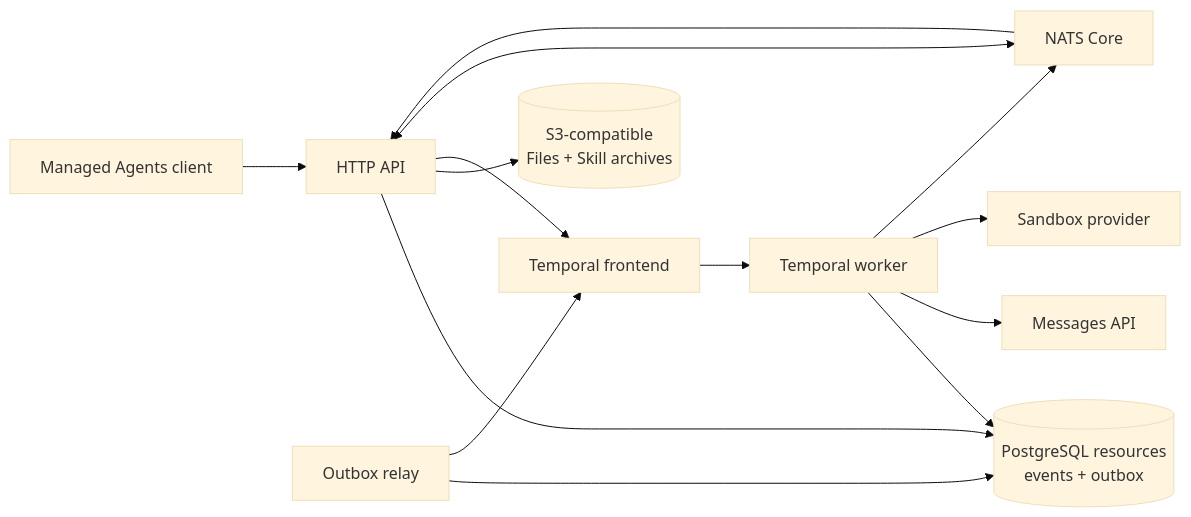
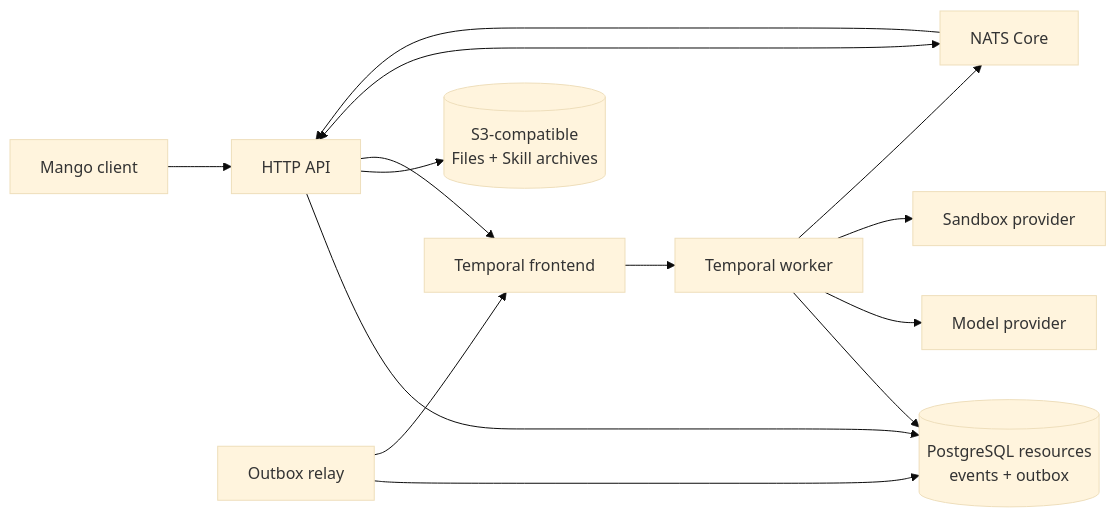
Before and after one commit to yanpgwang/managed-agent-go: the diagram in docs/architecture.md, drawn with Mermaid (base theme). The commit also changed other lines of this file and 31 other files, not shown here.

````diff
--- a/docs/architecture.md
+++ b/docs/architecture.md
@@ -25,16 +25,16 @@
 ```mermaid
 flowchart LR
-  Client["Managed Agents client"] --> API["HTTP API"]
+  Client["Mango client"] --> API["HTTP API"]
   API --> PG[("PostgreSQL resources<br/>events + outbox")]
   API --> Objects[("S3-compatible<br/>Files + Skill archives")]
   API --> Temporal["Temporal frontend"]
   API <--> NATS["NATS Core"]
   Relay["Outbox relay"] --> PG
   Relay --> Temporal
   Temporal --> Worker["Temporal worker"]
   Worker --> PG
-  Worker --> Model["Messages API"]
+  Worker --> Model["Model provider"]
   Worker --> Sandbox["Sandbox provider"]
   Worker --> NATS
   NATS --> API
 ```
````
